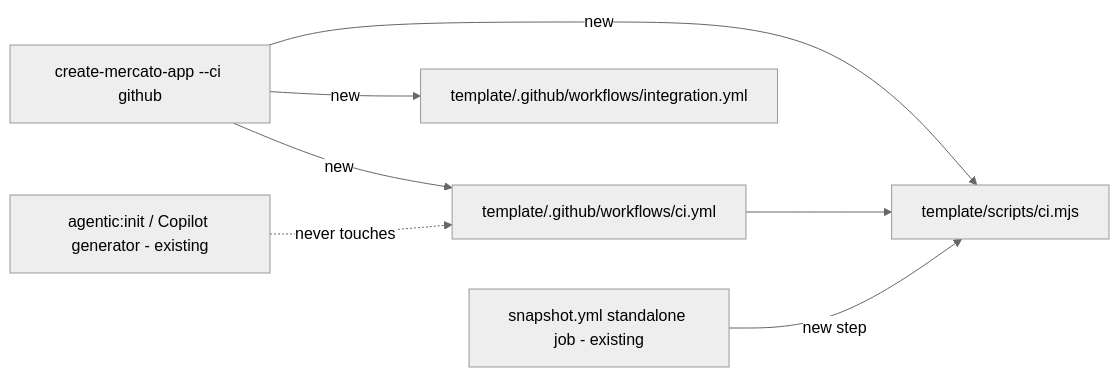
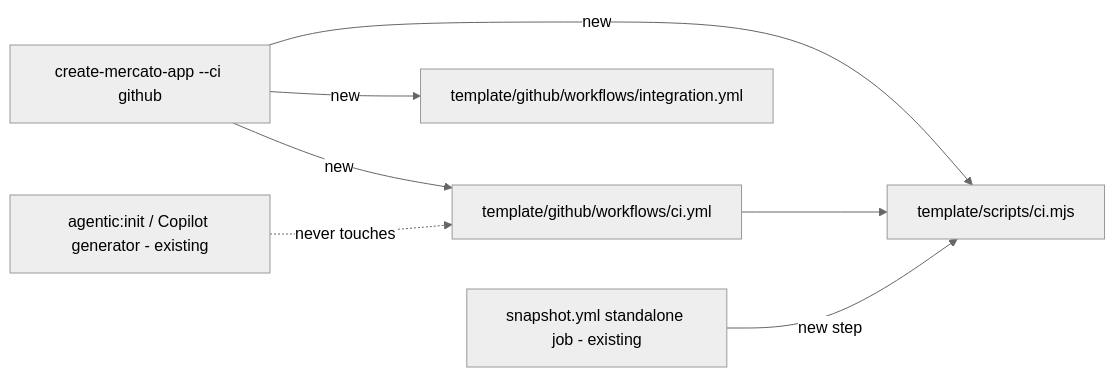
Before and after one commit to open-mercato/open-mercato: the diagram in .ai/specs/2026-10-09-standalone-app-default-ci.md, drawn with Mermaid (neutral theme). The commit also changed other lines of this file, not shown here.

Commit message:
docs(specs): record standalone CI implementation status and the template/github layout

````diff
--- a/.ai/specs/2026-10-09-standalone-app-default-ci.md
+++ b/.ai/specs/2026-10-09-standalone-app-default-ci.md
@@ -81,9 +81,9 @@
 ```mermaid
 flowchart LR
-  A[create-mercato-app --ci github] -->|new| B[template/.github/workflows/ci.yml]
-  A -->|new| C[template/.github/workflows/integration.yml]
+  A[create-mercato-app --ci github] -->|new| B[template/github/workflows/ci.yml]
+  A -->|new| C[template/github/workflows/integration.yml]
   A -->|new| D[template/scripts/ci.mjs]
   B --> D
   E[snapshot.yml standalone job - existing] -->|new step| D
   F[agentic:init / Copilot generator - existing] -.->|never touches| B
 ```
````
